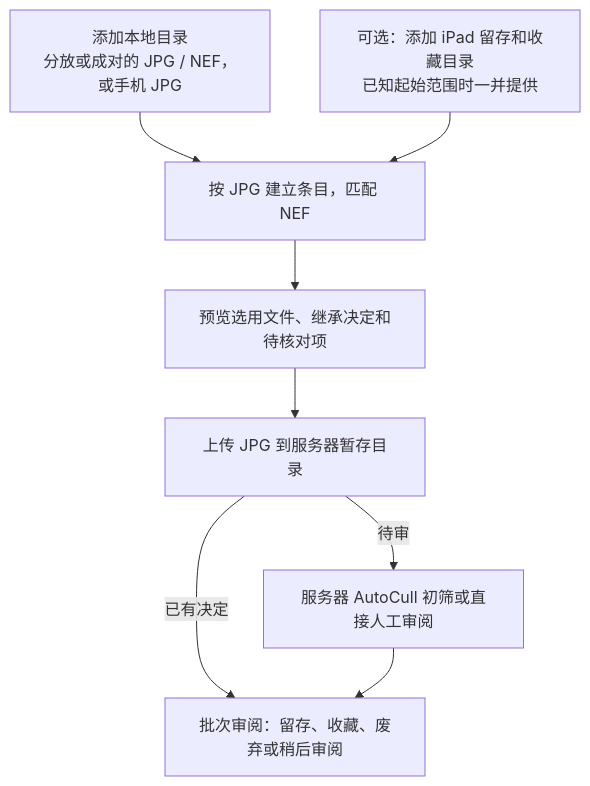
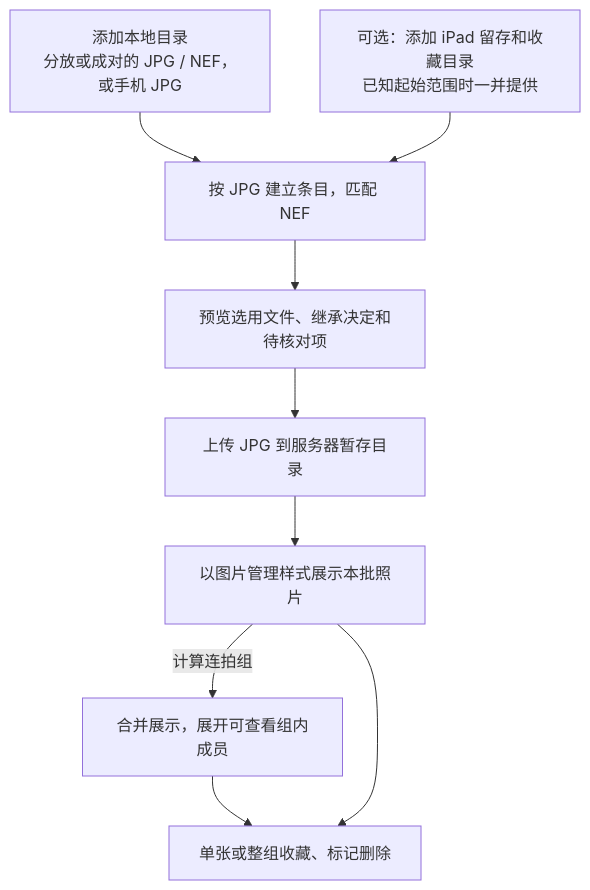
Before and after one commit to pancake-lee/photo-agent: the first of 4 diagrams in docs/design-docs/2026-11-13-1-autocull-import-design.md, drawn with Mermaid. The commit also changed other lines of this file and 27 other files, not shown here.

````diff
--- a/docs/design-docs/2026-11-13-1-autocull-import-design.md
+++ b/docs/design-docs/2026-11-13-1-autocull-import-design.md
@@ -14,10 +14,11 @@
 ```mermaid
 flowchart TD
     A["添加本地目录<br/>分放或成对的 JPG / NEF，或手机 JPG"] --> B["按 JPG 建立条目，匹配 NEF"]
     I["可选：添加 iPad 留存和收藏目录<br/>已知起始范围时一并提供"] --> B
     B --> C["预览选用文件、继承决定和待核对项"]
     C --> T["上传 JPG 到服务器暂存目录"]
-    T -->|待审| D["服务器 AutoCull 初筛或直接人工审阅"]
-    T -->|已有决定| E["批次审阅：留存、收藏、废弃或稍后审阅"]
-    D --> E
+    T --> D["以图片管理样式展示本批照片"]
+    D -->|计算连拍组| E["合并展示，展开可查看组内成员"]
+    E --> F["单张或整组收藏、标记删除"]
+    D --> F
 ```
````
